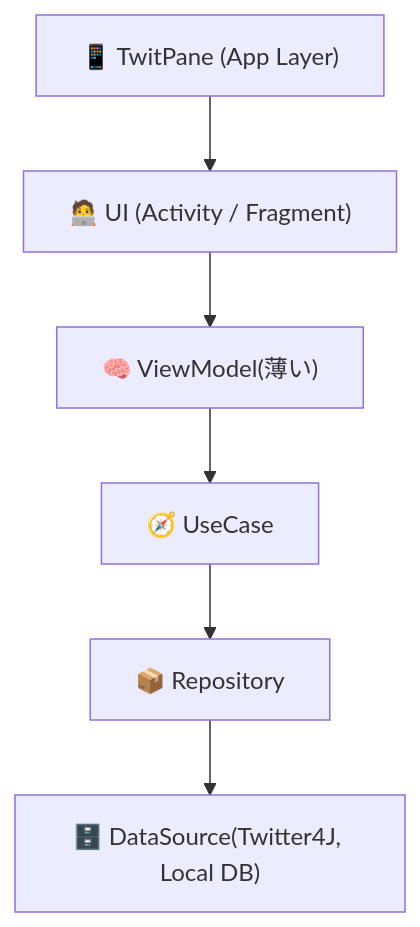
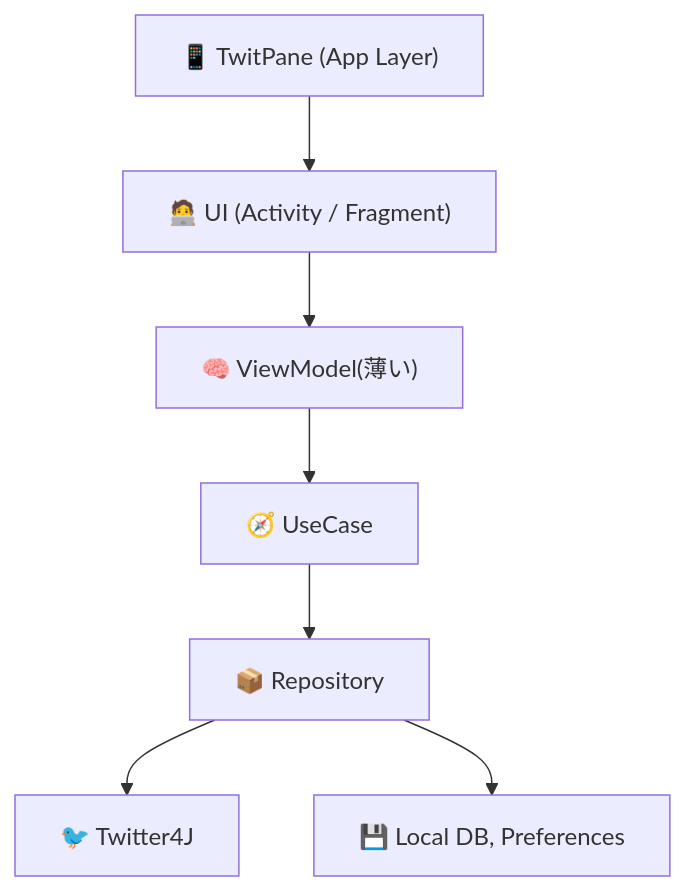
One commit to takke/mermaid_exam changed the first of 3 diagrams in twitpane.md. Above: the diagram before and after it, drawn with Mermaid. The commit also changed other lines of this file, not shown here.

````diff
--- a/twitpane.md
+++ b/twitpane.md
@@ -5,11 +5,14 @@
 ```mermaid
 flowchart TD
   APP["📱 TwitPane (App Layer)"]
   UI["🧑‍💻 UI (Activity / Fragment)"]
   VM["🧠 ViewModel(薄い)"]
   UC["🧭 UseCase"]
   RP["📦 Repository"]
-  DS["🗄️ DataSource(Twitter4J, Local DB)"]
+  TW["🐦 Twitter4J"]
+  DB["💾 Local DB, Preferences"]
 
-  APP --> UI --> VM --> UC --> RP --> DS
+  APP --> UI --> VM --> UC --> RP
+  RP --> TW
+  RP --> DB
 ```
````
